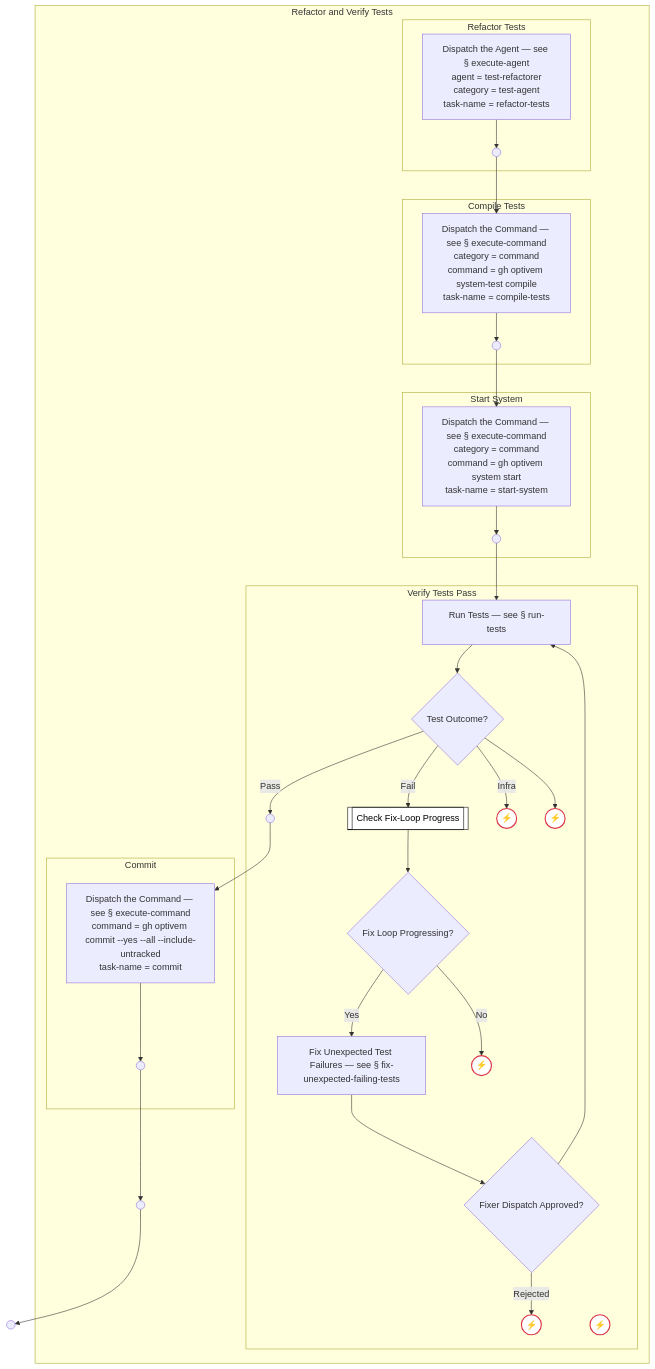
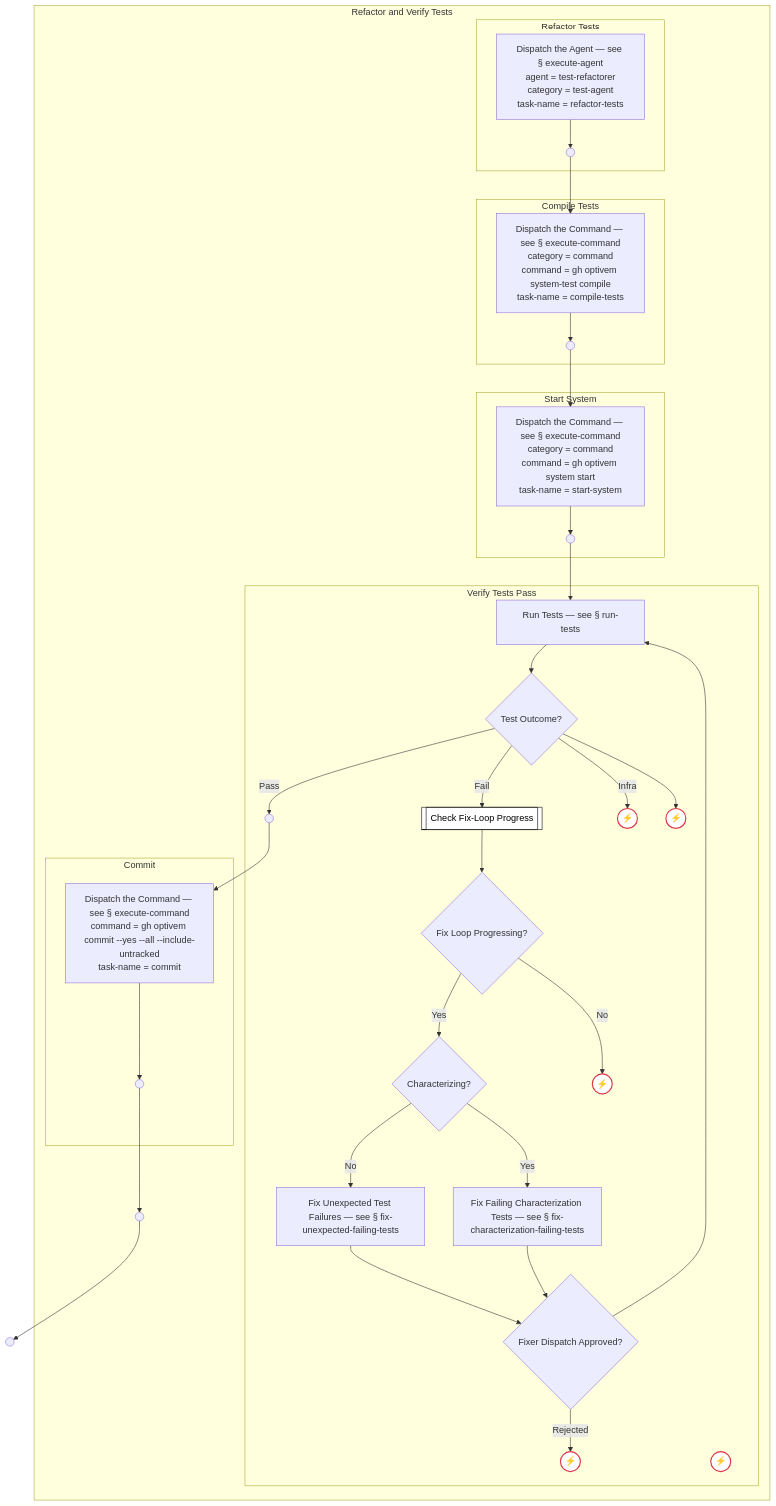
The tenth of 13 diagrams in docs/process-diagram-expanded.md (optivem/gh-optivem), drawn with Mermaid before and after one commit. The commit also changed other lines of this file and 39 other files, not shown here.

Commit message:
atdd: regenerate process-flow diagram

````diff
--- a/docs/process-diagram-expanded.md
+++ b/docs/process-diagram-expanded.md
@@ -837,65 +854,70 @@
 ```mermaid
 flowchart TD
     REFACTOR_TEST_STRUCTURE_END(( ))
     subgraph REFACTOR_AND_VERIFY_TESTS[Refactor and Verify Tests]
     REFACTOR_AND_VERIFY_TESTS__REFACTOR_AND_VERIFY_TESTS_END(( ))
     subgraph REFACTOR_AND_VERIFY_TESTS__REFACTOR_TESTS[Refactor Tests]
     REFACTOR_AND_VERIFY_TESTS__REFACTOR_TESTS__EXECUTE_AGENT["Dispatch the Agent — see § execute-agent<br/>agent = test-refactorer<br/>category = test-agent<br/>task-name = refactor-tests"]
     REFACTOR_AND_VERIFY_TESTS__REFACTOR_TESTS__REFACTOR_TESTS_END(( ))
     end
     subgraph REFACTOR_AND_VERIFY_TESTS__COMPILE_TESTS[Compile Tests]
     REFACTOR_AND_VERIFY_TESTS__COMPILE_TESTS__EXECUTE_COMMAND["Dispatch the Command — see § execute-command<br/>category = command<br/>command = gh optivem system-test compile<br/>task-name = compile-tests"]
     REFACTOR_AND_VERIFY_TESTS__COMPILE_TESTS__COMPILE_TESTS_END(( ))
     end
     subgraph REFACTOR_AND_VERIFY_TESTS__START_SYSTEM[Start System]
     REFACTOR_AND_VERIFY_TESTS__START_SYSTEM__EXECUTE_COMMAND["Dispatch the Command — see § execute-command<br/>category = command<br/>command = gh optivem system start<br/>task-name = start-system"]
     REFACTOR_AND_VERIFY_TESTS__START_SYSTEM__START_SYS_END(( ))
     end
     subgraph REFACTOR_AND_VERIFY_TESTS__VERIFY_TESTS_PASS[Verify Tests Pass]
     REFACTOR_AND_VERIFY_TESTS__VERIFY_TESTS_PASS__RUN_TESTS[Run Tests — see § run-tests]
     REFACTOR_AND_VERIFY_TESTS__VERIFY_TESTS_PASS__GATE_TESTS_OUTCOME{Test Outcome?}
     REFACTOR_AND_VERIFY_TESTS__VERIFY_TESTS_PASS__VERIFY_PASS_END(( ))
     REFACTOR_AND_VERIFY_TESTS__VERIFY_TESTS_PASS__CHECK_FIX_PROGRESS[[Check Fix-Loop Progress]]
     REFACTOR_AND_VERIFY_TESTS__VERIFY_TESTS_PASS__TESTS_INFRA_HALT((⚡))
     REFACTOR_AND_VERIFY_TESTS__VERIFY_TESTS_PASS__UNKNOWN_TESTS_OUTCOME((⚡))
     REFACTOR_AND_VERIFY_TESTS__VERIFY_TESTS_PASS__GATE_FIX_PROGRESSING{Fix Loop Progressing?}
+    REFACTOR_AND_VERIFY_TESTS__VERIFY_TESTS_PASS__GATE_CHARACTERIZE{Characterizing?}
+    REFACTOR_AND_VERIFY_TESTS__VERIFY_TESTS_PASS__FIX_LOOP_NO_PROGRESS_EXHAUSTED((⚡))
     REFACTOR_AND_VERIFY_TESTS__VERIFY_TESTS_PASS__FIX_UNEXPECTED_FAILING_TESTS[Fix Unexpected Test Failures — see § fix-unexpected-failing-tests]
-    REFACTOR_AND_VERIFY_TESTS__VERIFY_TESTS_PASS__FIX_LOOP_NO_PROGRESS_EXHAUSTED((⚡))
+    REFACTOR_AND_VERIFY_TESTS__VERIFY_TESTS_PASS__FIX_CHARACTERIZATION_FAILING_TESTS[Fix Failing Characterization Tests — see § fix-characterization-failing-tests]
     REFACTOR_AND_VERIFY_TESTS__VERIFY_TESTS_PASS__GATE_FIX_FLOW_APPROVED{Fixer Dispatch Approved?}
     REFACTOR_AND_VERIFY_TESTS__VERIFY_TESTS_PASS__FIX_FLOW_NOT_APPROVED((⚡))
     REFACTOR_AND_VERIFY_TESTS__VERIFY_TESTS_PASS__FIX_LOOP_EXHAUSTED((⚡))
     end
     subgraph REFACTOR_AND_VERIFY_TESTS__COMMIT_TESTS[Commit]
     REFACTOR_AND_VERIFY_TESTS__COMMIT_TESTS__EXECUTE_COMMAND["Dispatch the Command — see § execute-command<br/>command = gh optivem commit --yes --all --include-untracked<br/>task-name = commit"]
     REFACTOR_AND_VERIFY_TESTS__COMMIT_TESTS__COMMIT_MID_END(( ))
     end
     end
 
     REFACTOR_AND_VERIFY_TESTS__REFACTOR_TESTS__EXECUTE_AGENT --> REFACTOR_AND_VERIFY_TESTS__REFACTOR_TESTS__REFACTOR_TESTS_END
     REFACTOR_AND_VERIFY_TESTS__COMPILE_TESTS__EXECUTE_COMMAND --> REFACTOR_AND_VERIFY_TESTS__COMPILE_TESTS__COMPILE_TESTS_END
     REFACTOR_AND_VERIFY_TESTS__START_SYSTEM__EXECUTE_COMMAND --> REFACTOR_AND_VERIFY_TESTS__START_SYSTEM__START_SYS_END
     REFACTOR_AND_VERIFY_TESTS__VERIFY_TESTS_PASS__RUN_TESTS --> REFACTOR_AND_VERIFY_TESTS__VERIFY_TESTS_PASS__GATE_TESTS_OUTCOME
     REFACTOR_AND_VERIFY_TESTS__VERIFY_TESTS_PASS__GATE_TESTS_OUTCOME -- Pass --> REFACTOR_AND_VERIFY_TESTS__VERIFY_TESTS_PASS__VERIFY_PASS_END
     REFACTOR_AND_VERIFY_TESTS__VERIFY_TESTS_PASS__GATE_TESTS_OUTCOME -- Fail --> REFACTOR_AND_VERIFY_TESTS__VERIFY_TESTS_PASS__CHECK_FIX_PROGRESS
     REFACTOR_AND_VERIFY_TESTS__VERIFY_TESTS_PASS__GATE_TESTS_OUTCOME -- Infra --> REFACTOR_AND_VERIFY_TESTS__VERIFY_TESTS_PASS__TESTS_INFRA_HALT
     REFACTOR_AND_VERIFY_TESTS__VERIFY_TESTS_PASS__GATE_TESTS_OUTCOME --> REFACTOR_AND_VERIFY_TESTS__VERIFY_TESTS_PASS__UNKNOWN_TESTS_OUTCOME
     REFACTOR_AND_VERIFY_TESTS__VERIFY_TESTS_PASS__CHECK_FIX_PROGRESS --> REFACTOR_AND_VERIFY_TESTS__VERIFY_TESTS_PASS__GATE_FIX_PROGRESSING
-    REFACTOR_AND_VERIFY_TESTS__VERIFY_TESTS_PASS__GATE_FIX_PROGRESSING -- Yes --> REFACTOR_AND_VERIFY_TESTS__VERIFY_TESTS_PASS__FIX_UNEXPECTED_FAILING_TESTS
+    REFACTOR_AND_VERIFY_TESTS__VERIFY_TESTS_PASS__GATE_FIX_PROGRESSING -- Yes --> REFACTOR_AND_VERIFY_TESTS__VERIFY_TESTS_PASS__GATE_CHARACTERIZE
     REFACTOR_AND_VERIFY_TESTS__VERIFY_TESTS_PASS__GATE_FIX_PROGRESSING -- No --> REFACTOR_AND_VERIFY_TESTS__VERIFY_TESTS_PASS__FIX_LOOP_NO_PROGRESS_EXHAUSTED
+    REFACTOR_AND_VERIFY_TESTS__VERIFY_TESTS_PASS__GATE_CHARACTERIZE -- No --> REFACTOR_AND_VERIFY_TESTS__VERIFY_TESTS_PASS__FIX_UNEXPECTED_FAILING_TESTS
+    REFACTOR_AND_VERIFY_TESTS__VERIFY_TESTS_PASS__GATE_CHARACTERIZE -- Yes --> REFACTOR_AND_VERIFY_TESTS__VERIFY_TESTS_PASS__FIX_CHARACTERIZATION_FAILING_TESTS
     REFACTOR_AND_VERIFY_TESTS__VERIFY_TESTS_PASS__FIX_UNEXPECTED_FAILING_TESTS --> REFACTOR_AND_VERIFY_TESTS__VERIFY_TESTS_PASS__GATE_FIX_FLOW_APPROVED
+    REFACTOR_AND_VERIFY_TESTS__VERIFY_TESTS_PASS__FIX_CHARACTERIZATION_FAILING_TESTS --> REFACTOR_AND_VERIFY_TESTS__VERIFY_TESTS_PASS__GATE_FIX_FLOW_APPROVED
     REFACTOR_AND_VERIFY_TESTS__VERIFY_TESTS_PASS__GATE_FIX_FLOW_APPROVED -- Rejected --> REFACTOR_AND_VERIFY_TESTS__VERIFY_TESTS_PASS__FIX_FLOW_NOT_APPROVED
     REFACTOR_AND_VERIFY_TESTS__VERIFY_TESTS_PASS__GATE_FIX_FLOW_APPROVED --> REFACTOR_AND_VERIFY_TESTS__VERIFY_TESTS_PASS__RUN_TESTS
     REFACTOR_AND_VERIFY_TESTS__COMMIT_TESTS__EXECUTE_COMMAND --> REFACTOR_AND_VERIFY_TESTS__COMMIT_TESTS__COMMIT_MID_END
     REFACTOR_AND_VERIFY_TESTS__REFACTOR_TESTS__REFACTOR_TESTS_END --> REFACTOR_AND_VERIFY_TESTS__COMPILE_TESTS__EXECUTE_COMMAND
     REFACTOR_AND_VERIFY_TESTS__COMPILE_TESTS__COMPILE_TESTS_END --> REFACTOR_AND_VERIFY_TESTS__START_SYSTEM__EXECUTE_COMMAND
     REFACTOR_AND_VERIFY_TESTS__START_SYSTEM__START_SYS_END --> REFACTOR_AND_VERIFY_TESTS__VERIFY_TESTS_PASS__RUN_TESTS
     REFACTOR_AND_VERIFY_TESTS__VERIFY_TESTS_PASS__VERIFY_PASS_END --> REFACTOR_AND_VERIFY_TESTS__COMMIT_TESTS__EXECUTE_COMMAND
     REFACTOR_AND_VERIFY_TESTS__COMMIT_TESTS__COMMIT_MID_END --> REFACTOR_AND_VERIFY_TESTS__REFACTOR_AND_VERIFY_TESTS_END
     REFACTOR_AND_VERIFY_TESTS__REFACTOR_AND_VERIFY_TESTS_END --> REFACTOR_TEST_STRUCTURE_END
 
     classDef serviceNode fill:#ffffff,stroke:#000000,stroke-width:1px,color:#000000
     class REFACTOR_AND_VERIFY_TESTS__VERIFY_TESTS_PASS__CHECK_FIX_PROGRESS serviceNode
 
     classDef errorEndNode fill:#ffffff,stroke:#dc3545,stroke-width:2px,color:#000000
     class REFACTOR_AND_VERIFY_TESTS__VERIFY_TESTS_PASS__TESTS_INFRA_HALT,REFACTOR_AND_VERIFY_TESTS__VERIFY_TESTS_PASS__UNKNOWN_TESTS_OUTCOME,REFACTOR_AND_VERIFY_TESTS__VERIFY_TESTS_PASS__FIX_LOOP_NO_PROGRESS_EXHAUSTED,REFACTOR_AND_VERIFY_TESTS__VERIFY_TESTS_PASS__FIX_FLOW_NOT_APPROVED,REFACTOR_AND_VERIFY_TESTS__VERIFY_TESTS_PASS__FIX_LOOP_EXHAUSTED errorEndNode
 ```
````
